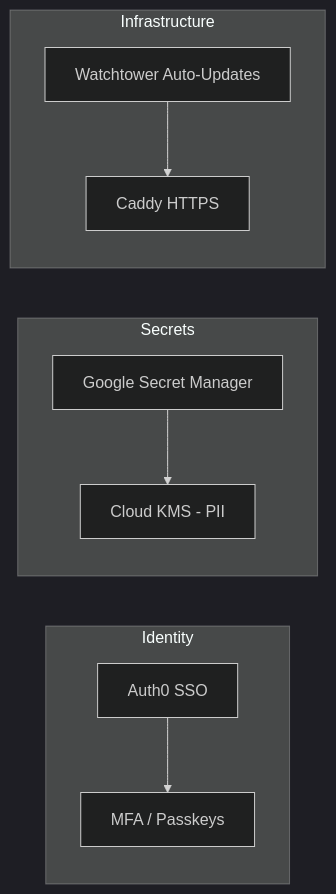
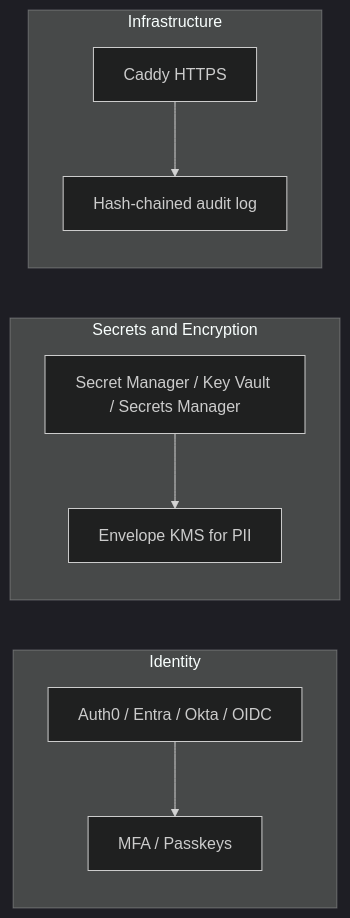
One commit to Pinpoint-311/Pinpoint-311 changed the third of 3 diagrams in README.md. Above: the diagram before and after it, drawn with Mermaid (dark theme). The commit also changed other lines of this file, not shown here.

````diff
--- a/README.md
+++ b/README.md
@@ -221,21 +177,21 @@
 ```mermaid
 graph LR
     subgraph "Identity"
-        A0[Auth0 SSO]
+        IDP[Auth0 / Entra / Okta / OIDC]
         MFA[MFA / Passkeys]
     end
 
-    subgraph "Secrets"
-        GSM[Google Secret Manager]
-        KMS[Cloud KMS - PII]
+    subgraph "Secrets and Encryption"
+        SEC[Secret Manager / Key Vault / Secrets Manager]
+        KMS[Envelope KMS for PII]
     end
 
     subgraph "Infrastructure"
-        WT[Watchtower Auto-Updates]
         CD[Caddy HTTPS]
+        AL[Hash-chained audit log]
     end
 
-    A0 --> MFA
-    GSM --> KMS
-    WT --> CD
+    IDP --> MFA
+    SEC --> KMS
+    CD --> AL
 ```
````
